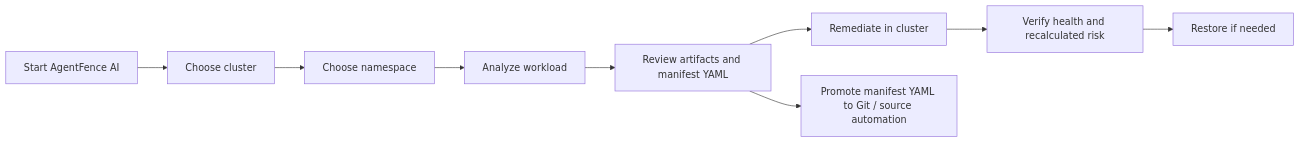
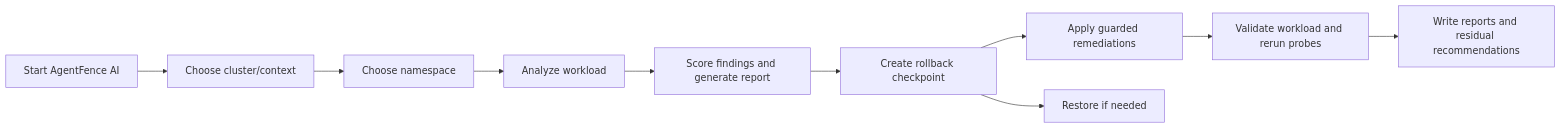
One commit to farshadrahaei/agentfence-ai changed the diagram in README.md. Above: the diagram before and after it, drawn with Mermaid. The commit also changed other lines of this file and 2 other files, not shown here.

````diff
--- a/README.md
+++ b/README.md
@@ -68,11 +93,12 @@
 ```mermaid
 flowchart LR
-    A["Start AgentFence AI"] --> B["Choose cluster"]
+    A["Start AgentFence AI"] --> B["Choose cluster/context"]
     B --> C["Choose namespace"]
     C --> D["Analyze workload"]
-    D --> E["Review artifacts and manifest YAML"]
-    E --> F["Remediate in cluster"]
-    F --> G["Verify health and recalculated risk"]
-    G --> H["Restore if needed"]
-    E --> I["Promote manifest YAML to Git / source automation"]
+    D --> E["Score findings and generate report"]
+    E --> F["Create rollback checkpoint"]
+    F --> G["Apply guarded remediations"]
+    G --> H["Validate workload and rerun probes"]
+    H --> I["Write reports and residual recommendations"]
+    F --> J["Restore if needed"]
 ```
````
